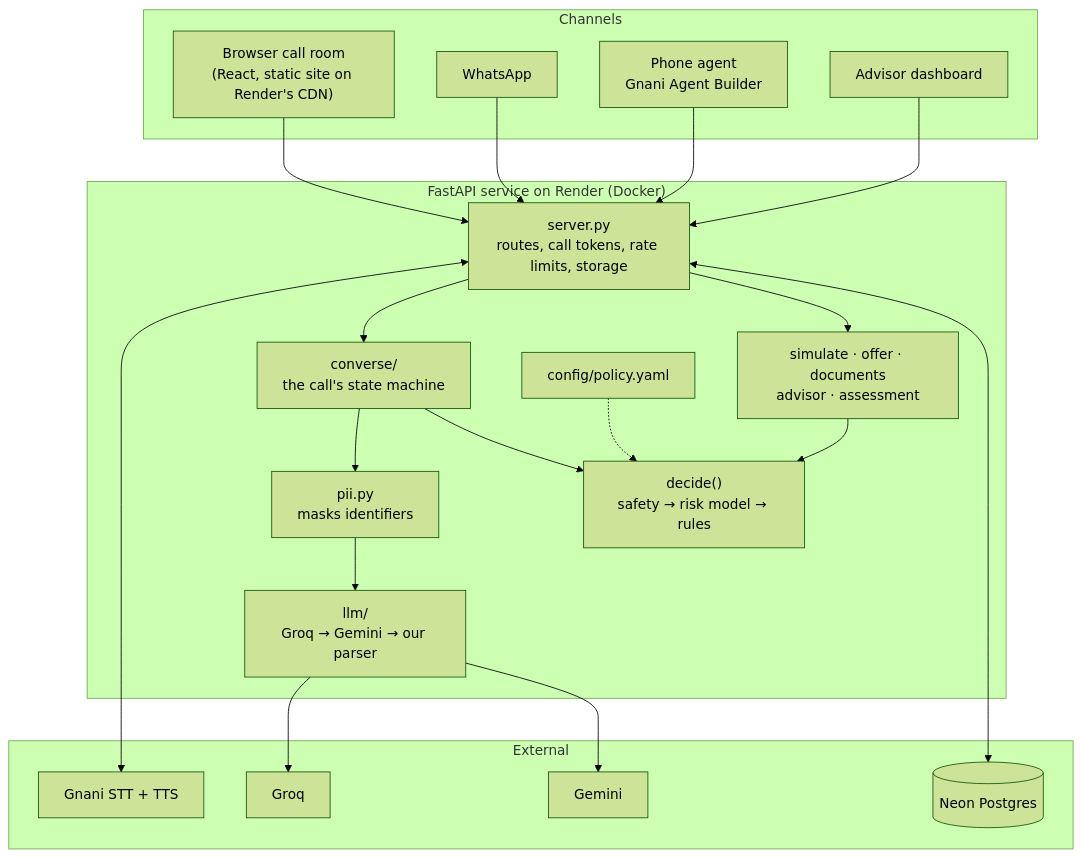
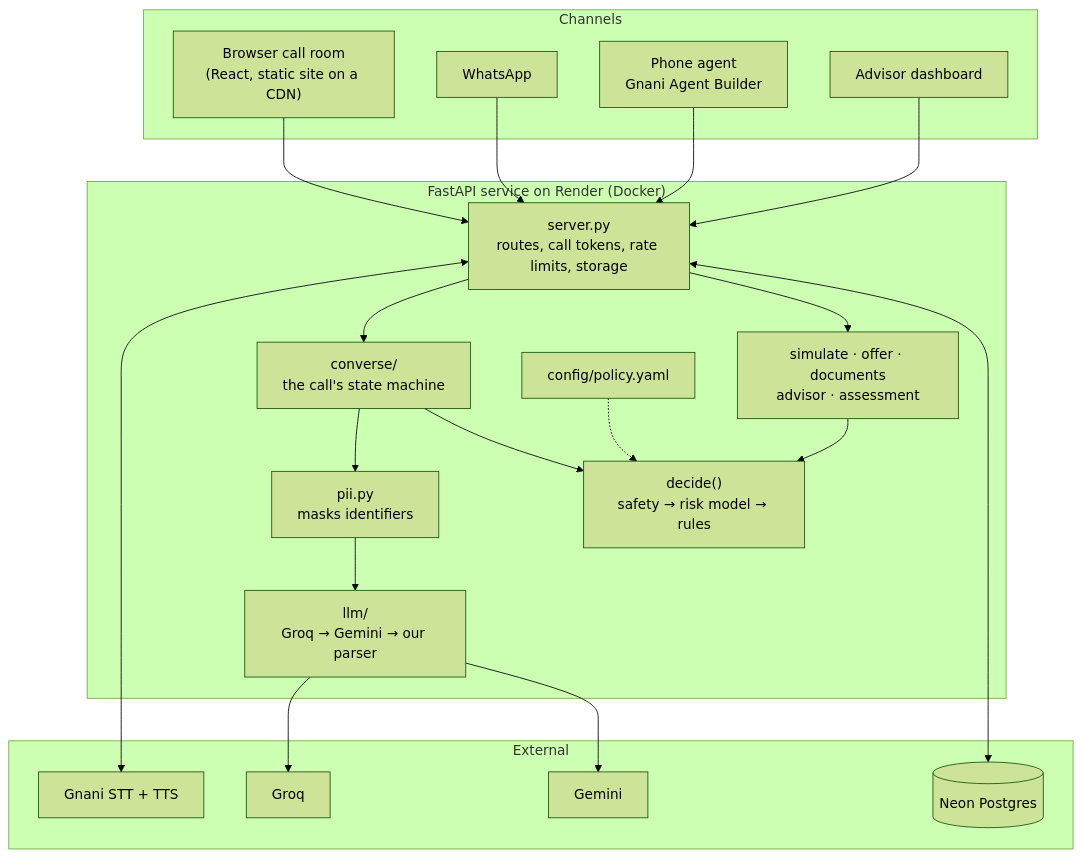
Before and after one commit to KanishkaSingh19/Loan-Saathi: the second of 3 diagrams in README.md, drawn with Mermaid (forest theme). The commit also changed other lines of this file and 1 other file, not shown here.

````diff
--- a/README.md
+++ b/README.md
@@ -74,39 +341,39 @@
 ```mermaid
 flowchart TB
     subgraph Channels
-        WEB["Browser call room<br/>(React, static site on Render's CDN)"]
+        WEB["Browser call room<br/>(React, static site on a CDN)"]
         WA[WhatsApp]
         PH[Phone agent<br/>Gnani Agent Builder]
         STAFF[Advisor dashboard]
     end
 
     subgraph API["FastAPI service on Render (Docker)"]
         SRV["server.py<br/>routes, call tokens, rate limits, storage"]
         CONV["converse/<br/>the call's state machine"]
         PII[pii.py<br/>masks identifiers]
         LLMR["llm/<br/>Groq → Gemini → our parser"]
         DEC["decide()<br/>safety → risk model → rules"]
         EXTRA["simulate · offer · documents<br/>advisor · assessment"]
         POL[config/policy.yaml]
     end
 
     subgraph External
         GNANI[Gnani STT + TTS]
         GROQ[Groq]
         GEM[Gemini]
         PG[(Neon Postgres)]
     end
 
     WEB --> SRV
     WA --> SRV
     PH --> SRV
     STAFF --> SRV
     SRV <--> GNANI
     SRV --> CONV --> PII --> LLMR
     LLMR --> GROQ
     LLMR --> GEM
     CONV --> DEC
     SRV --> EXTRA --> DEC
     POL -.-> DEC
     SRV <--> PG
 ```
````
